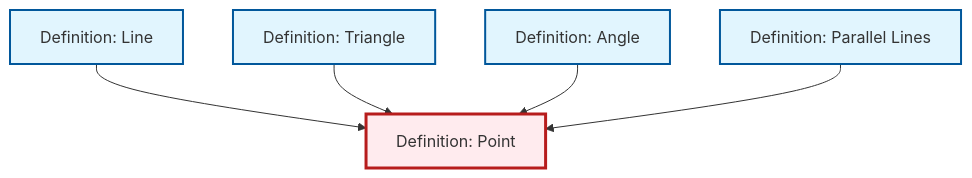
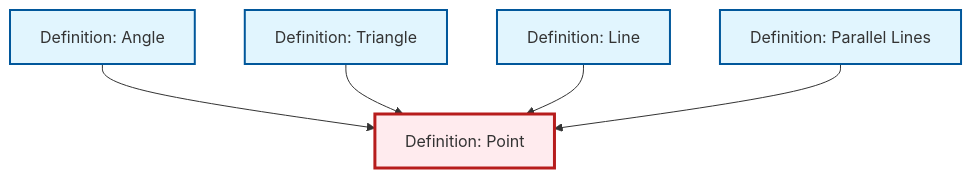
The diagram in content/en/geometry/def-point.qmd (RK0429/ModernMath), drawn with Mermaid before and after one commit. The commit also changed other lines of this file and 581 other files, not shown here.

````diff
--- a/content/en/geometry/def-point.qmd
+++ b/content/en/geometry/def-point.qmd
@@ -39,23 +39,23 @@
 ```{mermaid}
 %%| fig-cap: "Local dependency graph"
 graph TD
     classDef definition fill:#e1f5fe,stroke:#01579b,stroke-width:2px
     classDef theorem fill:#f3e5f5,stroke:#4a148c,stroke-width:2px
     classDef axiom fill:#fff3e0,stroke:#e65100,stroke-width:2px
     classDef example fill:#e8f5e9,stroke:#1b5e20,stroke-width:2px
     classDef current fill:#ffebee,stroke:#b71c1c,stroke-width:3px
+    def-point["Definition: Point"]:::definition
+    def-triangle["Definition: Triangle"]:::definition
     def-line["Definition: Line"]:::definition
-    def-triangle["Definition: Triangle"]:::definition
-    def-point["Definition: Point"]:::definition
+    def-angle["Definition: Angle"]:::definition
     def-parallel["Definition: Parallel Lines"]:::definition
-    def-angle["Definition: Angle"]:::definition
+    def-angle --> def-point
+    def-triangle --> def-point
     def-line --> def-point
-    def-triangle --> def-point
-    def-angle --> def-point
     def-parallel --> def-point
     class def-point current
+    click def-triangle "def-triangle.html" "Go to Triangle definition"
     click def-line "def-line.html" "Go to Line definition"
-    click def-triangle "def-triangle.html" "Go to Triangle definition"
+    click def-angle "def-angle.html" "Go to Angle definition"
     click def-parallel "def-parallel.html" "Go to Parallel Lines definition"
-    click def-angle "def-angle.html" "Go to Angle definition"
 ```
````
